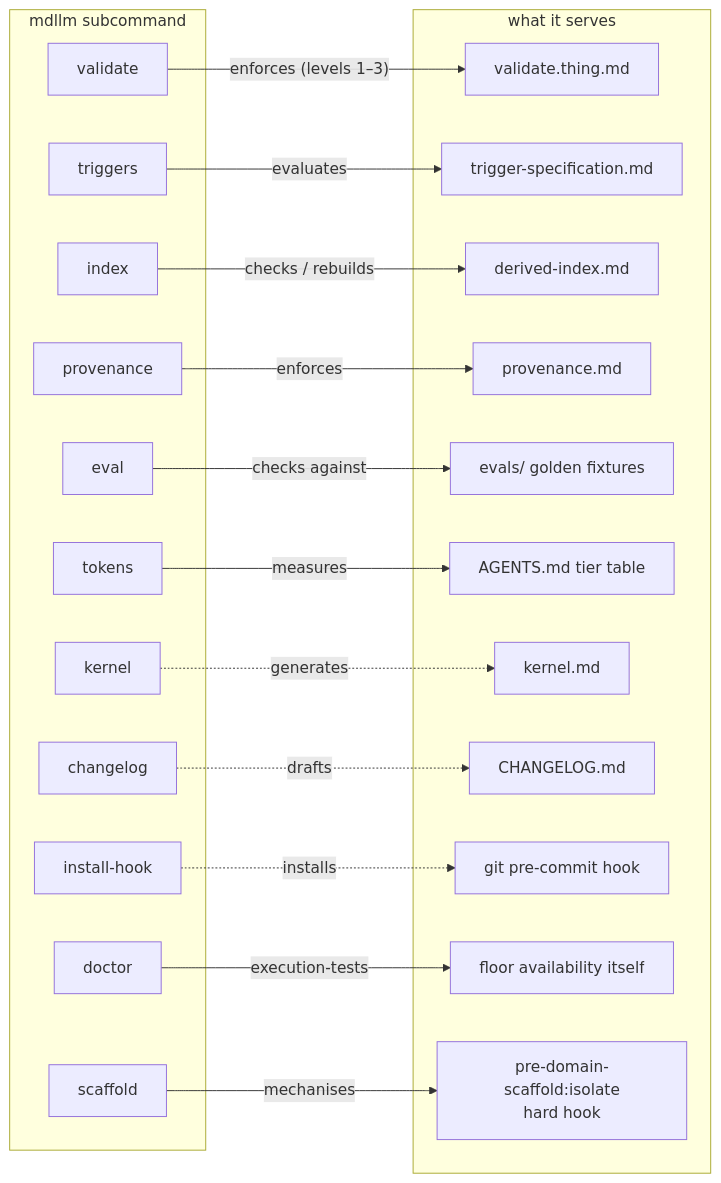
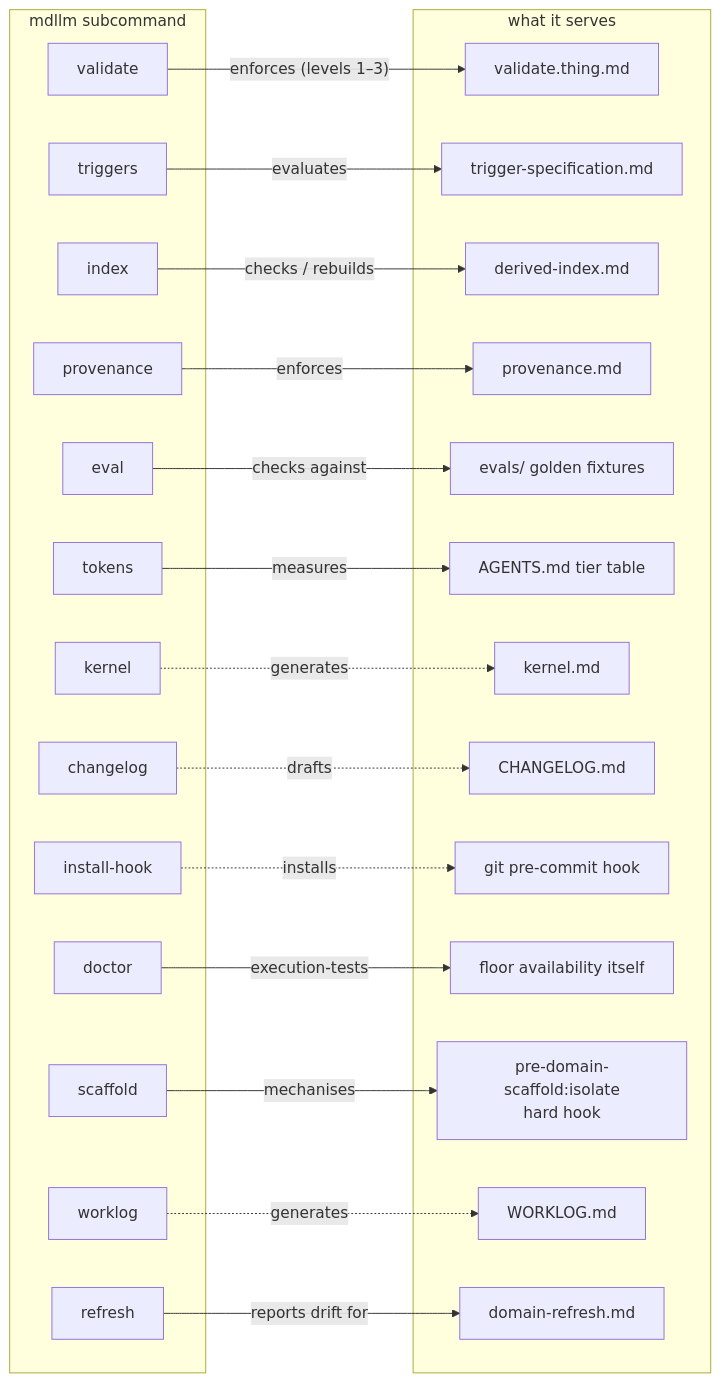
The third of 3 diagrams in framework-map.md (JanoshMoshiri/MarkdownLLM), drawn with Mermaid before and after one commit. The commit also changed other lines of this file and 12 other files, not shown here.

First line of the commit message:
create: review back-half — worklog/refresh tools, honesty + meta-risk (v3.9.0)

````diff
--- a/framework-map.md
+++ b/framework-map.md
@@ -171,41 +171,47 @@
 ```mermaid
 flowchart LR
     subgraph cli ["mdllm subcommand"]
         C1["validate"]
         C2["triggers"]
         C3["index"]
         C4["provenance"]
         C5["eval"]
         C6["tokens"]
         C7["kernel"]
         C8["changelog"]
         C9["install-hook"]
         C10["doctor"]
         C11["scaffold"]
+        C12["worklog"]
+        C13["refresh"]
     end
     subgraph target ["what it serves"]
         T1["validate.thing.md"]
         T2["trigger-specification.md"]
         T3["derived-index.md"]
         T4["provenance.md"]
         T5["evals/ golden fixtures"]
         T6["AGENTS.md tier table"]
         T7["kernel.md"]
         T8["CHANGELOG.md"]
         T9["git pre-commit hook"]
         T10["floor availability itself"]
         T11["pre-domain-scaffold:isolate<br/>hard hook"]
+        T12["WORKLOG.md"]
+        T13["domain-refresh.md"]
     end
 
     C1 -->|"enforces (levels 1–3)"| T1
     C2 -->|evaluates| T2
     C3 -->|"checks / rebuilds"| T3
     C4 -->|enforces| T4
     C5 -->|checks against| T5
     C6 -->|measures| T6
     C7 -.->|generates| T7
     C8 -.->|drafts| T8
     C9 -.->|installs| T9
     C10 -->|"execution-tests"| T10
     C11 -->|mechanises| T11
+    C12 -.->|generates| T12
+    C13 -->|"reports drift for"| T13
 ```
````
